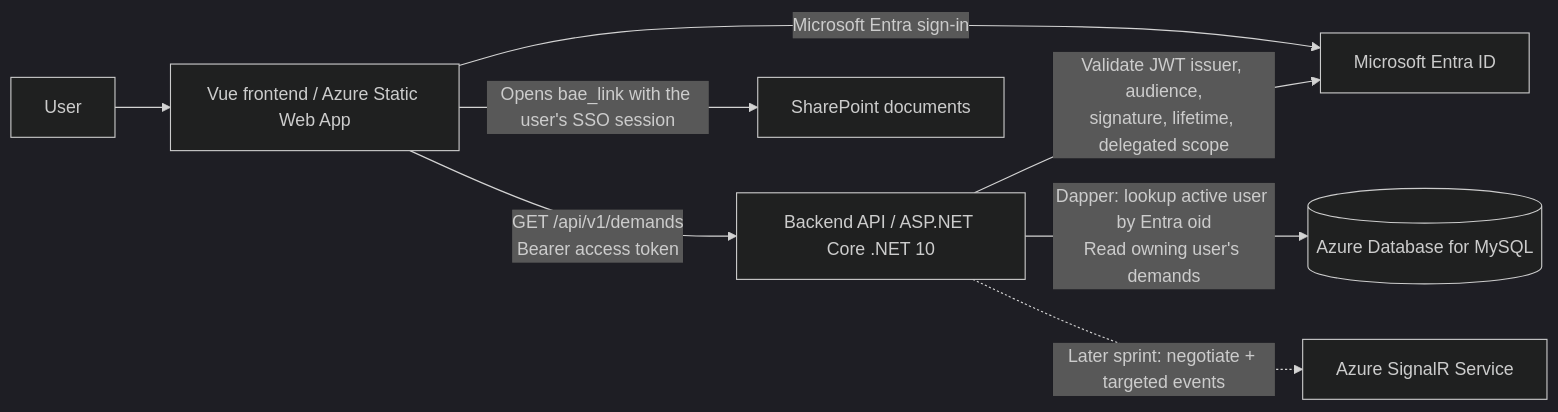
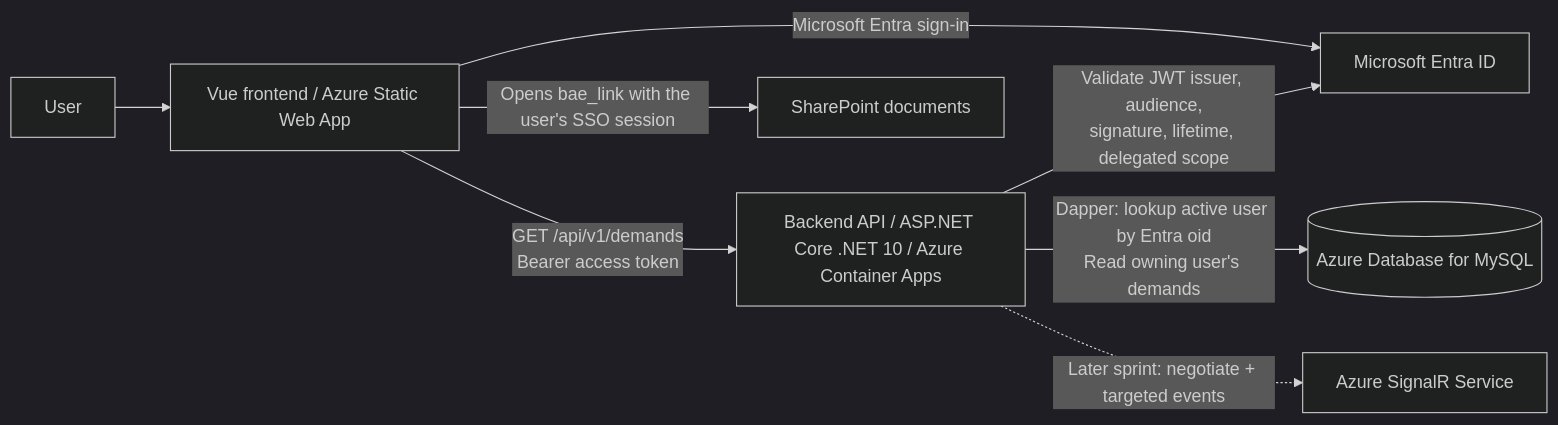
The first of 2 diagrams in docs/specs/SPECIFICATIONS.md (alex-talan/klesia-api), drawn with Mermaid (dark theme) before and after one commit. The commit also changed other lines of this file and 13 other files, not shown here.

Commit message:
Container Apps instead of App Service

````diff
--- a/docs/specs/SPECIFICATIONS.md
+++ b/docs/specs/SPECIFICATIONS.md
@@ -76,10 +79,10 @@
 ```mermaid
 flowchart LR
     U[User] --> FE[Vue frontend / Azure Static Web App]
     FE -->|Microsoft Entra sign-in| ENTRA[Microsoft Entra ID]
-    FE -->|GET /api/v1/demands\nBearer access token| API[Backend API / ASP.NET Core .NET 10]
+    FE -->|GET /api/v1/demands\nBearer access token| API[Backend API / ASP.NET Core .NET 10 / Azure Container Apps]
     API -->|Validate JWT issuer, audience,\nsignature, lifetime, delegated scope| ENTRA
     API -->|Dapper: lookup active user by Entra oid\nRead owning user's demands| DB[(Azure Database for MySQL)]
     FE -->|Opens bae_link with the user's SSO session| SP[SharePoint documents]
     API -.->|Later sprint: negotiate + targeted events| SR[Azure SignalR Service]
 ```
````
